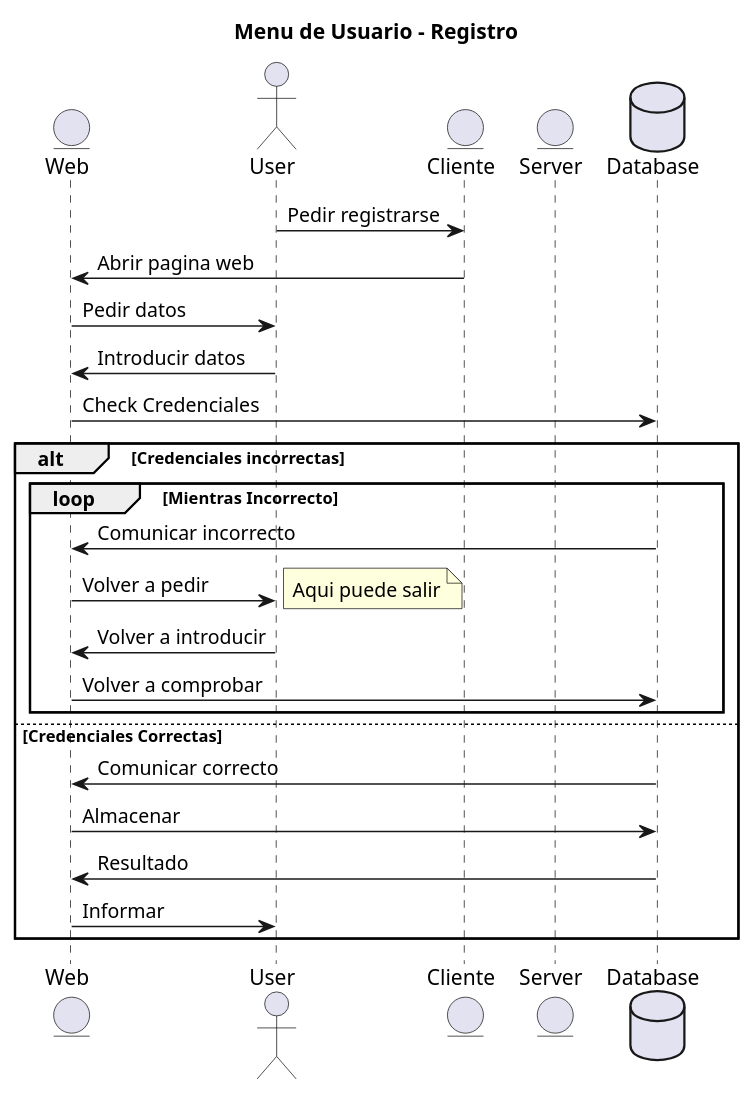
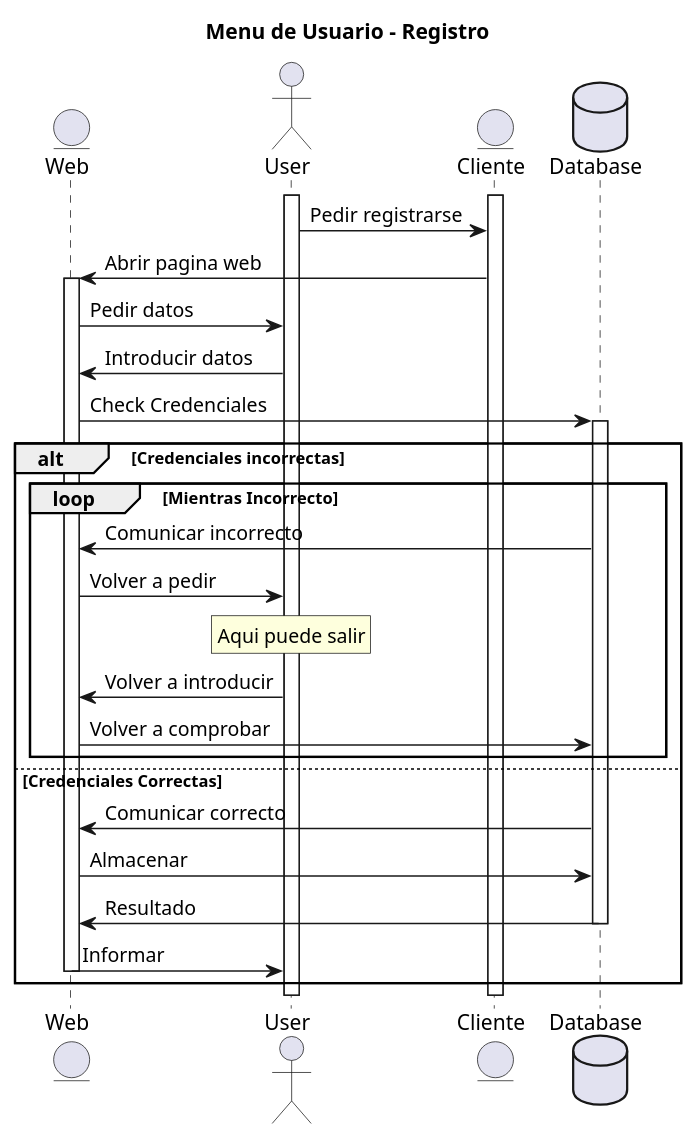
One commit to ruanzhijun/online-poker-texas-hold-em changed the diagram in Programas/Poker_Server/src/diagramas/registro.puml. Above: the diagram before and after it, drawn with PlantUML. The commit also changed 1 other file, not shown here.

```diff
--- a/Programas/Poker_Server/src/diagramas/registro.puml
+++ b/Programas/Poker_Server/src/diagramas/registro.puml
@@ -1,32 +1,37 @@
 @startuml
 title Menu de Usuario - Registro
 entity Web
 actor User
 entity Cliente
-entity Server
 database Database
 
+activate User
+activate Cliente
 User->Cliente: Pedir registrarse
 Cliente->Web: Abrir pagina web
+activate Web
 
 Web->User: Pedir datos
 User->Web: Introducir datos
 
 Web->Database: Check Credenciales
+activate Database
 
 alt Credenciales incorrectas
     loop Mientras Incorrecto
         Database->Web: Comunicar incorrecto
         Web->User: Volver a pedir
-        note right: Aqui puede salir
+        rnote over User: Aqui puede salir
 
         User->Web: Volver a introducir
         Web->Database: Volver a comprobar
     end
 else Credenciales Correctas
     Database->Web: Comunicar correcto
     Web->Database: Almacenar
     Database->Web: Resultado
+    deactivate Database
     Web->User: Informar
+    deactivate Web
 end
 @enduml
```
